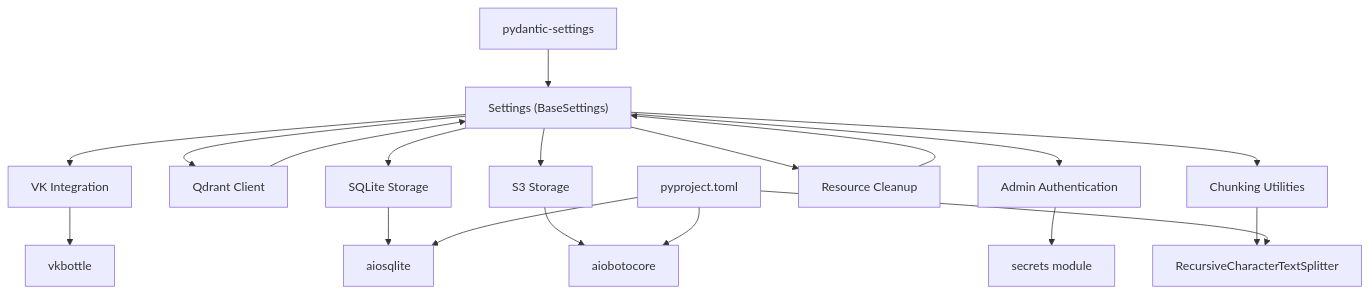
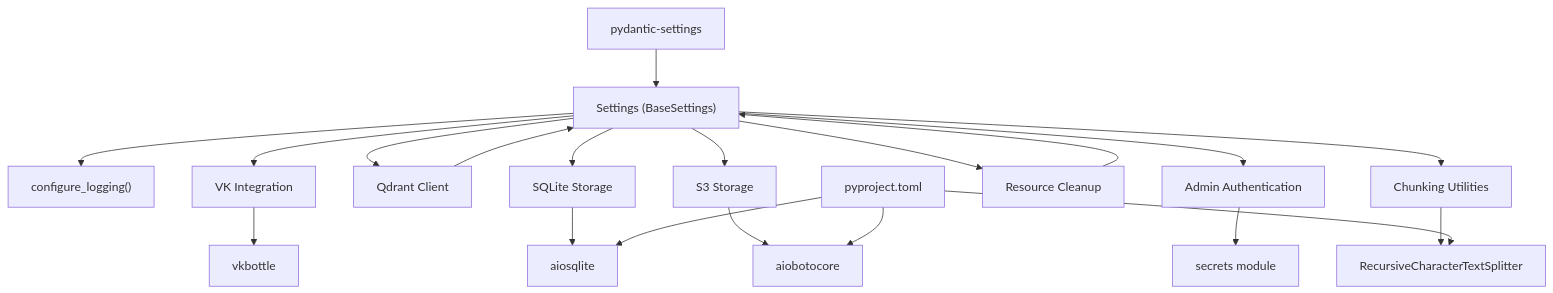
The sixth of 11 diagrams in .qoder/repowiki/en/content/Configuration Management.md (ognelis/cafetera_hr_bot), drawn with Mermaid before and after one commit. The commit also changed other lines of this file and 29 other files, not shown here.

````diff
--- a/.qoder/repowiki/en/content/Configuration Management.md
+++ b/.qoder/repowiki/en/content/Configuration Management.md
@@ -358,36 +388,38 @@
 ```mermaid
 graph TB
 Settings["Settings (BaseSettings)"]
 Pydantic["pydantic-settings"]
+LoggingConfig["configure_logging()"]
 VKIntegration["VK Integration"]
 VKLib["vkbottle"]
 Qdrant["Qdrant Client"]
 SQLite["SQLite Storage"]
 Aiosqlite["aiosqlite"]
 S3Storage["S3 Storage"]
 Aiobotocore["aiobotocore"]
 AdminAuth["Admin Authentication"]
 Secrets["secrets module"]
 Cleanup["Resource Cleanup"]
 ChunkingUtils["Chunking Utilities"]
 RecursiveSplitter["RecursiveCharacterTextSplitter"]
 Pyproject["pyproject.toml"]
 Pydantic --> Settings
+Settings --> LoggingConfig
 Settings --> VKIntegration
 Settings --> Qdrant
 Settings --> SQLite
 Settings --> S3Storage
 Settings --> AdminAuth
 Settings --> Cleanup
 Settings --> ChunkingUtils
 ChunkingUtils --> RecursiveSplitter
 VKIntegration --> VKLib
 Qdrant --> Settings
 SQLite --> Aiosqlite
 S3Storage --> Aiobotocore
 AdminAuth --> Secrets
 Cleanup --> Settings
 Pyproject --> Aiosqlite
 Pyproject --> Aiobotocore
 Pyproject --> RecursiveSplitter
 ```
````
